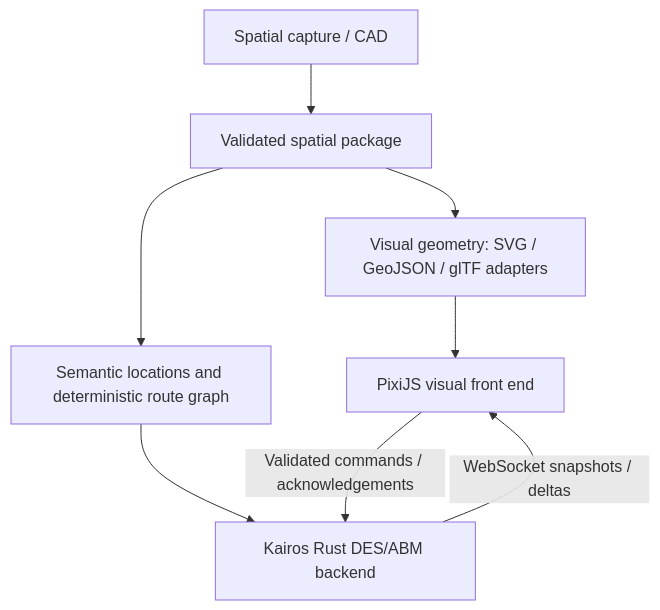
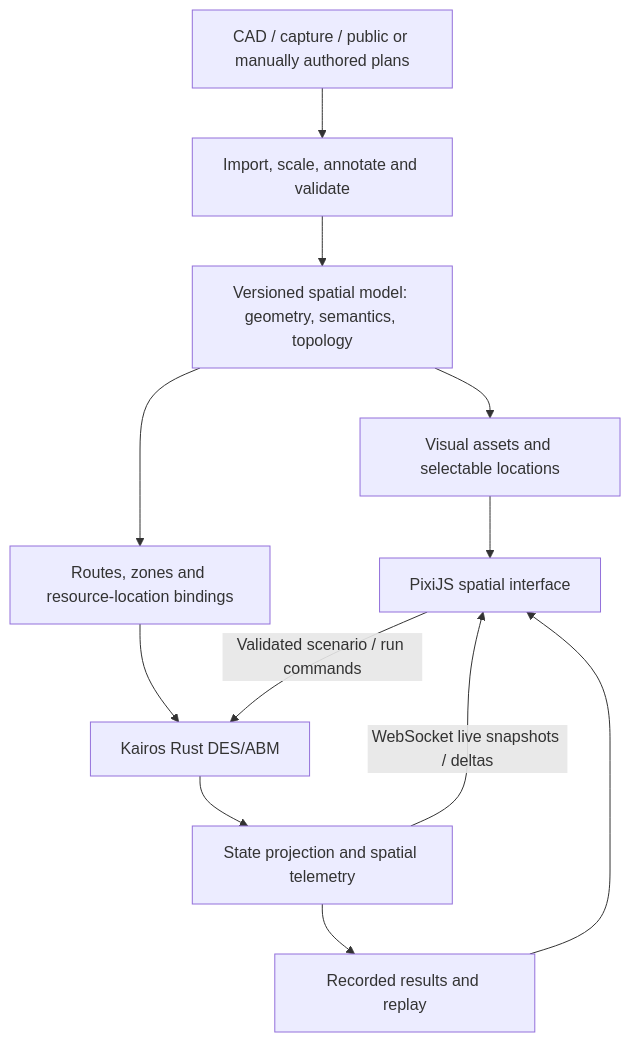
One commit to edithatogo/careops-sim changed the diagram in conductor/spatial-visualization.md. Above: the diagram before and after it, drawn with Mermaid. The commit also changed other lines of this file and 4 other files, not shown here.

Commit message:
docs: refine spatial semantics inspection and replay acceptance

````diff
--- a/conductor/spatial-visualization.md
+++ b/conductor/spatial-visualization.md
@@ -8,10 +8,14 @@
 ```mermaid
 flowchart TD
-    A[Spatial capture / CAD] --> B[Validated spatial package]
-    B --> C[Visual geometry: SVG / GeoJSON / glTF adapters]
-    B --> D[Semantic locations and deterministic route graph]
-    C --> E[PixiJS visual front end]
-    D --> F[Kairos Rust DES/ABM backend]
-    F -->|WebSocket snapshots / deltas| E
-    E -->|Validated commands / acknowledgements| F
+    A[CAD / capture / public or manually authored plans] --> B[Import, scale, annotate and validate]
+    B --> C[Versioned spatial model: geometry, semantics, topology]
+    C --> D[Visual assets and selectable locations]
+    C --> E[Routes, zones and resource-location bindings]
+    D --> F[PixiJS spatial interface]
+    E --> G[Kairos Rust DES/ABM]
+    G --> H[State projection and spatial telemetry]
+    H -->|WebSocket live snapshots / deltas| F
+    H --> I[Recorded results and replay]
+    I --> F
+    F -->|Validated scenario / run commands| G
 ```
````
